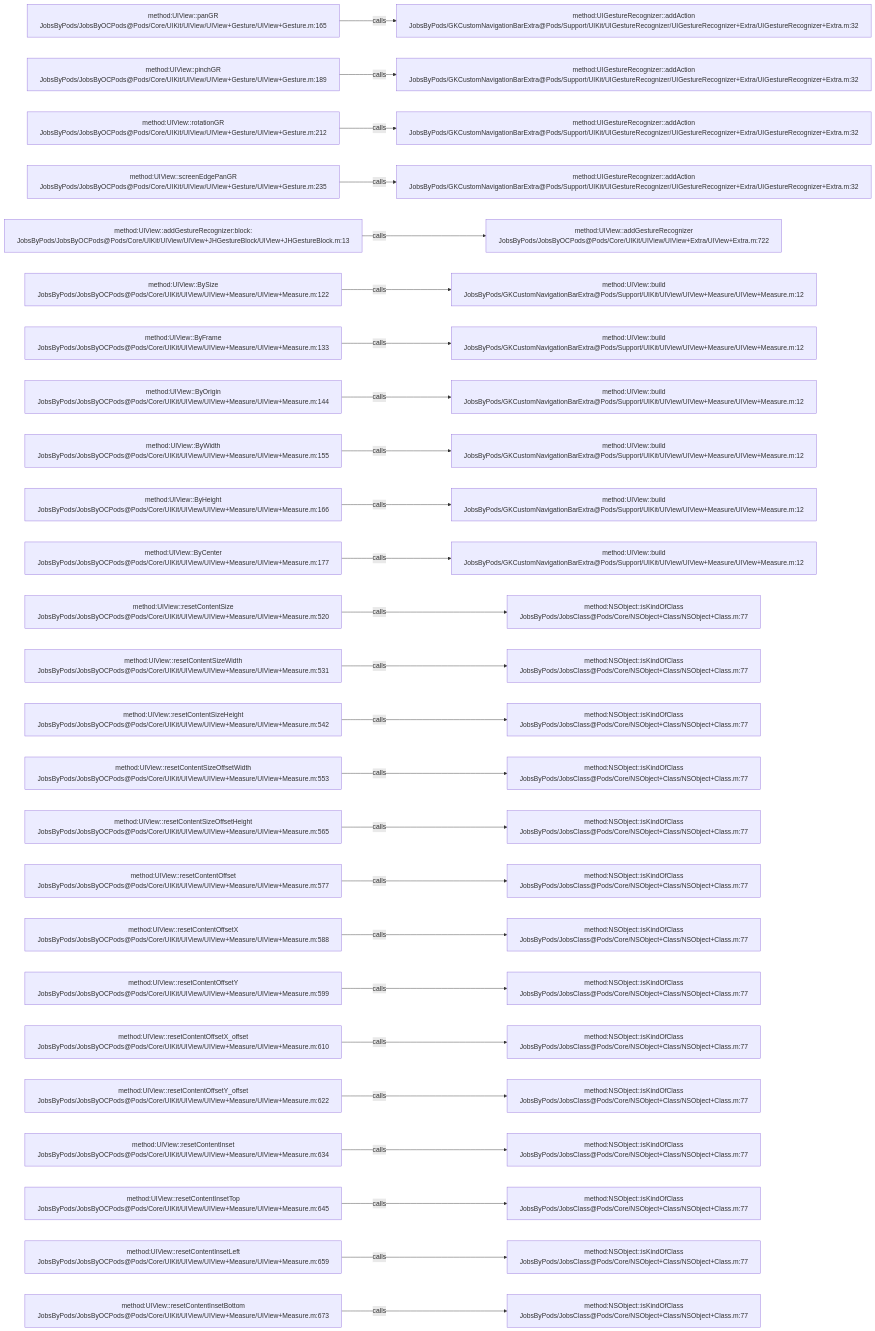
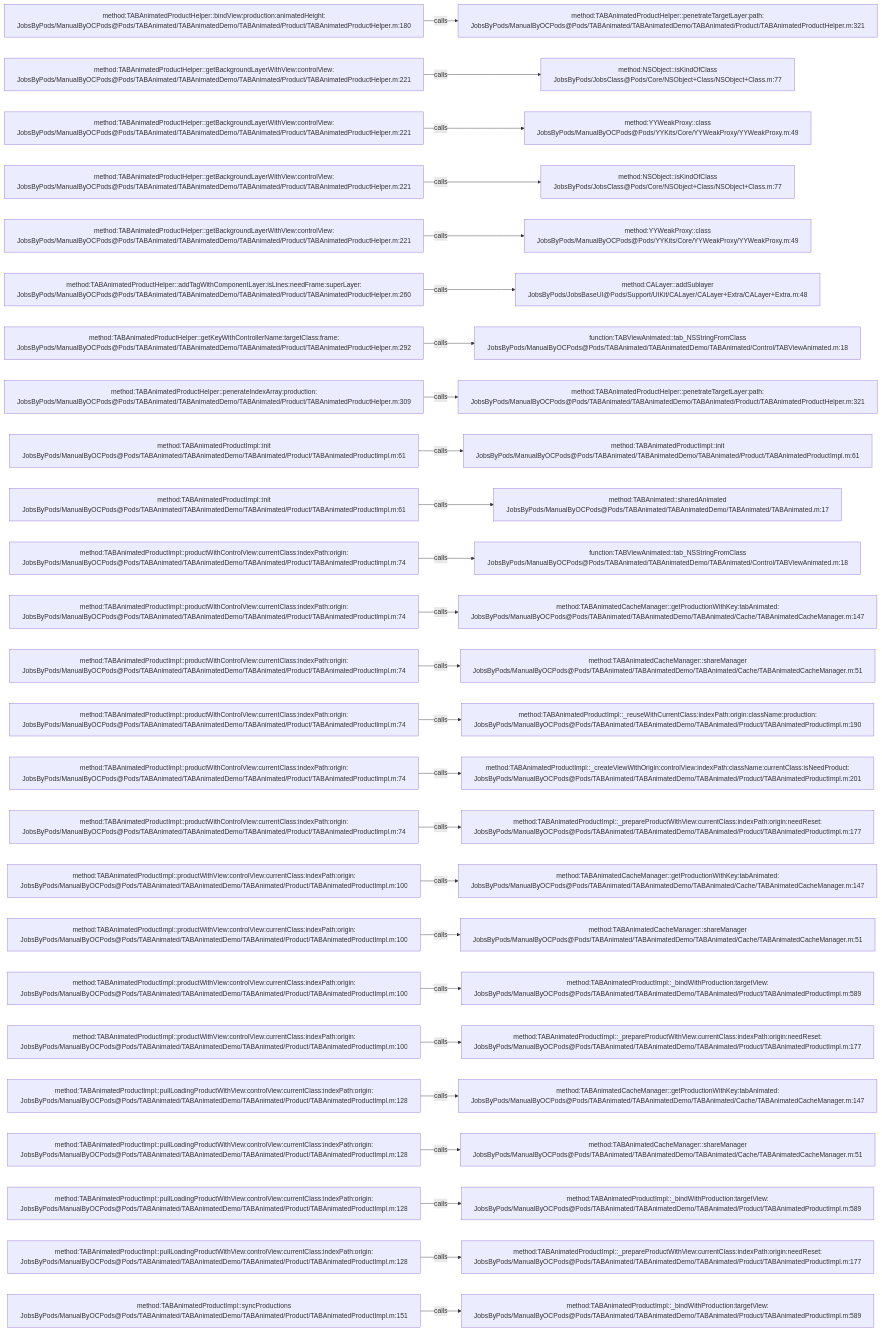
One commit to JobsKits/JobsOCBaseConfigDemo changed the diagram in .codegraph/codegraph.md/graphs/calls-042.md. Above: the diagram before and after it, drawn with Mermaid. The commit also changed 2162 other files, not shown here.

````diff
--- a/.codegraph/codegraph.md/graphs/calls-042.md
+++ b/.codegraph/codegraph.md/graphs/calls-042.md
@@ -13,78 +13,78 @@
 ```mermaid
 flowchart LR
-  S1["method:UIView::panGR<br/>JobsByPods/JobsByOCPods@Pods/Core/UIKit/UIView/UIView+Gesture/UIView+Gesture.m:165"]
-  T1["method:UIGestureRecognizer::addAction<br/>JobsByPods/GKCustomNavigationBarExtra@Pods/Support/UIKit/UIGestureRecognizer/UIGestureRecognizer+Extra/UIGestureRecognizer+Extra.m:32"]
+  S1["method:TABAnimatedProductHelper::bindView:production:animatedHeight:<br/>JobsByPods/ManualByOCPods@Pods/TABAnimated/TABAnimatedDemo/TABAnimated/Product/TABAnimatedProductHelper.m:180"]
+  T1["method:TABAnimatedProductHelper::penetrateTargetLayer:path:<br/>JobsByPods/ManualByOCPods@Pods/TABAnimated/TABAnimatedDemo/TABAnimated/Product/TABAnimatedProductHelper.m:321"]
   S1 -->|calls| T1
-  S2["method:UIView::pinchGR<br/>JobsByPods/JobsByOCPods@Pods/Core/UIKit/UIView/UIView+Gesture/UIView+Gesture.m:189"]
-  T2["method:UIGestureRecognizer::addAction<br/>JobsByPods/GKCustomNavigationBarExtra@Pods/Support/UIKit/UIGestureRecognizer/UIGestureRecognizer+Extra/UIGestureRecognizer+Extra.m:32"]
+  S2["method:TABAnimatedProductHelper::getBackgroundLayerWithView:controlView:<br/>JobsByPods/ManualByOCPods@Pods/TABAnimated/TABAnimatedDemo/TABAnimated/Product/TABAnimatedProductHelper.m:221"]
+  T2["method:NSObject::isKindOfClass<br/>JobsByPods/JobsClass@Pods/Core/NSObject+Class/NSObject+Class.m:77"]
   S2 -->|calls| T2
-  S3["method:UIView::rotationGR<br/>JobsByPods/JobsByOCPods@Pods/Core/UIKit/UIView/UIView+Gesture/UIView+Gesture.m:212"]
-  T3["method:UIGestureRecognizer::addAction<br/>JobsByPods/GKCustomNavigationBarExtra@Pods/Support/UIKit/UIGestureRecognizer/UIGestureRecognizer+Extra/UIGestureRecognizer+Extra.m:32"]
+  S3["method:TABAnimatedProductHelper::getBackgroundLayerWithView:controlView:<br/>JobsByPods/ManualByOCPods@Pods/TABAnimated/TABAnimatedDemo/TABAnimated/Product/TABAnimatedProductHelper.m:221"]
+  T3["method:YYWeakProxy::class<br/>JobsByPods/ManualByOCPods@Pods/YYKits/Core/YYWeakProxy/YYWeakProxy.m:49"]
   S3 -->|calls| T3
-  S4["method:UIView::screenEdgePanGR<br/>JobsByPods/JobsByOCPods@Pods/Core/UIKit/UIView/UIView+Gesture/UIView+Gesture.m:235"]
-  T4["method:UIGestureRecognizer::addAction<br/>JobsByPods/GKCustomNavigationBarExtra@Pods/Support/UIKit/UIGestureRecognizer/UIGestureRecognizer+Extra/UIGestureRecognizer+Extra.m:32"]
+  S4["method:TABAnimatedProductHelper::getBackgroundLayerWithView:controlView:<br/>JobsByPods/ManualByOCPods@Pods/TABAnimated/TABAnimatedDemo/TABAnimated/Product/TABAnimatedProductHelper.m:221"]
+  T4["method:NSObject::isKindOfClass<br/>JobsByPods/JobsClass@Pods/Core/NSObject+Class/NSObject+Class.m:77"]
   S4 -->|calls| T4
-  S5["method:UIView::addGestureRecognizer:block:<br/>JobsByPods/JobsByOCPods@Pods/Core/UIKit/UIView/UIView+JHGestureBlock/UIView+JHGestureBlock.m:13"]
-  T5["method:UIView::addGestureRecognizer<br/>JobsByPods/JobsByOCPods@Pods/Core/UIKit/UIView/UIView+Extra/UIView+Extra.m:722"]
+  S5["method:TABAnimatedProductHelper::getBackgroundLayerWithView:controlView:<br/>JobsByPods/ManualByOCPods@Pods/TABAnimated/TABAnimatedDemo/TABAnimated/Product/TABAnimatedProductHelper.m:221"]
+  T5["method:YYWeakProxy::class<br/>JobsByPods/ManualByOCPods@Pods/YYKits/Core/YYWeakProxy/YYWeakProxy.m:49"]
   S5 -->|calls| T5
-  S6["method:UIView::BySize<br/>JobsByPods/JobsByOCPods@Pods/Core/UIKit/UIView/UIView+Measure/UIView+Measure.m:122"]
-  T6["method:UIView::build<br/>JobsByPods/GKCustomNavigationBarExtra@Pods/Support/UIKit/UIView/UIView+Measure/UIView+Measure.m:12"]
+  S6["method:TABAnimatedProductHelper::addTagWithComponentLayer:isLines:needFrame:superLayer:<br/>JobsByPods/ManualByOCPods@Pods/TABAnimated/TABAnimatedDemo/TABAnimated/Product/TABAnimatedProductHelper.m:260"]
+  T6["method:CALayer::addSublayer<br/>JobsByPods/JobsBaseUI@Pods/Support/UIKit/CALayer/CALayer+Extra/CALayer+Extra.m:48"]
   S6 -->|calls| T6
-  S7["method:UIView::ByFrame<br/>JobsByPods/JobsByOCPods@Pods/Core/UIKit/UIView/UIView+Measure/UIView+Measure.m:133"]
-  T7["method:UIView::build<br/>JobsByPods/GKCustomNavigationBarExtra@Pods/Support/UIKit/UIView/UIView+Measure/UIView+Measure.m:12"]
+  S7["method:TABAnimatedProductHelper::getKeyWithControllerName:targetClass:frame:<br/>JobsByPods/ManualByOCPods@Pods/TABAnimated/TABAnimatedDemo/TABAnimated/Product/TABAnimatedProductHelper.m:292"]
+  T7["function:TABViewAnimated::tab_NSStringFromClass<br/>JobsByPods/ManualByOCPods@Pods/TABAnimated/TABAnimatedDemo/TABAnimated/Control/TABViewAnimated.m:18"]
   S7 -->|calls| T7
-  S8["method:UIView::ByOrigin<br/>JobsByPods/JobsByOCPods@Pods/Core/UIKit/UIView/UIView+Measure/UIView+Measure.m:144"]
-  T8["method:UIView::build<br/>JobsByPods/GKCustomNavigationBarExtra@Pods/Support/UIKit/UIView/UIView+Measure/UIView+Measure.m:12"]
+  S8["method:TABAnimatedProductHelper::penerateIndexArray:production:<br/>JobsByPods/ManualByOCPods@Pods/TABAnimated/TABAnimatedDemo/TABAnimated/Product/TABAnimatedProductHelper.m:309"]
+  T8["method:TABAnimatedProductHelper::penetrateTargetLayer:path:<br/>JobsByPods/ManualByOCPods@Pods/TABAnimated/TABAnimatedDemo/TABAnimated/Product/TABAnimatedProductHelper.m:321"]
   S8 -->|calls| T8
-  S9["method:UIView::ByWidth<br/>JobsByPods/JobsByOCPods@Pods/Core/UIKit/UIView/UIView+Measure/UIView+Measure.m:155"]
-  T9["method:UIView::build<br/>JobsByPods/GKCustomNavigationBarExtra@Pods/Support/UIKit/UIView/UIView+Measure/UIView+Measure.m:12"]
+  S9["method:TABAnimatedProductImpl::init<br/>JobsByPods/ManualByOCPods@Pods/TABAnimated/TABAnimatedDemo/TABAnimated/Product/TABAnimatedProductImpl.m:61"]
+  T9["method:TABAnimatedProductImpl::init<br/>JobsByPods/ManualByOCPods@Pods/TABAnimated/TABAnimatedDemo/TABAnimated/Product/TABAnimatedProductImpl.m:61"]
   S9 -->|calls| T9
-  S10["method:UIView::ByHeight<br/>JobsByPods/JobsByOCPods@Pods/Core/UIKit/UIView/UIView+Measure/UIView+Measure.m:166"]
-  T10["method:UIView::build<br/>JobsByPods/GKCustomNavigationBarExtra@Pods/Support/UIKit/UIView/UIView+Measure/UIView+Measure.m:12"]
+  S10["method:TABAnimatedProductImpl::init<br/>JobsByPods/ManualByOCPods@Pods/TABAnimated/TABAnimatedDemo/TABAnimated/Product/TABAnimatedProductImpl.m:61"]
+  T10["method:TABAnimated::sharedAnimated<br/>JobsByPods/ManualByOCPods@Pods/TABAnimated/TABAnimatedDemo/TABAnimated/TABAnimated.m:17"]
   S10 -->|calls| T10
-  S11["method:UIView::ByCenter<br/>JobsByPods/JobsByOCPods@Pods/Core/UIKit/UIView/UIView+Measure/UIView+Measure.m:177"]
-  T11["method:UIView::build<br/>JobsByPods/GKCustomNavigationBarExtra@Pods/Support/UIKit/UIView/UIView+Measure/UIView+Measure.m:12"]
+  S11["method:TABAnimatedProductImpl::productWithControlView:currentClass:indexPath:origin:<br/>JobsByPods/ManualByOCPods@Pods/TABAnimated/TABAnimatedDemo/TABAnimated/Product/TABAnimatedProductImpl.m:74"]
+  T11["function:TABViewAnimated::tab_NSStringFromClass<br/>JobsByPods/ManualByOCPods@Pods/TABAnimated/TABAnimatedDemo/TABAnimated/Control/TABViewAnimated.m:18"]
   S11 -->|calls| T11
-  S12["method:UIView::resetContentSize<br/>JobsByPods/JobsByOCPods@Pods/Core/UIKit/UIView/UIView+Measure/UIView+Measure.m:520"]
-  T12["method:NSObject::isKindOfClass<br/>JobsByPods/JobsClass@Pods/Core/NSObject+Class/NSObject+Class.m:77"]
+  S12["method:TABAnimatedProductImpl::productWithControlView:currentClass:indexPath:origin:<br/>JobsByPods/ManualByOCPods@Pods/TABAnimated/TABAnimatedDemo/TABAnimated/Product/TABAnimatedProductImpl.m:74"]
+  T12["method:TABAnimatedCacheManager::getProductionWithKey:tabAnimated:<br/>JobsByPods/ManualByOCPods@Pods/TABAnimated/TABAnimatedDemo/TABAnimated/Cache/TABAnimatedCacheManager.m:147"]
   S12 -->|calls| T12
-  S13["method:UIView::resetContentSizeWidth<br/>JobsByPods/JobsByOCPods@Pods/Core/UIKit/UIView/UIView+Measure/UIView+Measure.m:531"]
-  T13["method:NSObject::isKindOfClass<br/>JobsByPods/JobsClass@Pods/Core/NSObject+Class/NSObject+Class.m:77"]
+  S13["method:TABAnimatedProductImpl::productWithControlView:currentClass:indexPath:origin:<br/>JobsByPods/ManualByOCPods@Pods/TABAnimated/TABAnimatedDemo/TABAnimated/Product/TABAnimatedProductImpl.m:74"]
+  T13["method:TABAnimatedCacheManager::shareManager<br/>JobsByPods/ManualByOCPods@Pods/TABAnimated/TABAnimatedDemo/TABAnimated/Cache/TABAnimatedCacheManager.m:51"]
   S13 -->|calls| T13
-  S14["method:UIView::resetContentSizeHeight<br/>JobsByPods/JobsByOCPods@Pods/Core/UIKit/UIView/UIView+Measure/UIView+Measure.m:542"]
-  T14["method:NSObject::isKindOfClass<br/>JobsByPods/JobsClass@Pods/Core/NSObject+Class/NSObject+Class.m:77"]
+  S14["method:TABAnimatedProductImpl::productWithControlView:currentClass:indexPath:origin:<br/>JobsByPods/ManualByOCPods@Pods/TABAnimated/TABAnimatedDemo/TABAnimated/Product/TABAnimatedProductImpl.m:74"]
+  T14["method:TABAnimatedProductImpl::_reuseWithCurrentClass:indexPath:origin:className:production:<br/>JobsByPods/ManualByOCPods@Pods/TABAnimated/TABAnimatedDemo/TABAnimated/Product/TABAnimatedProductImpl.m:190"]
   S14 -->|calls| T14
-  S15["method:UIView::resetContentSizeOffsetWidth<br/>JobsByPods/JobsByOCPods@Pods/Core/UIKit/UIView/UIView+Measure/UIView+Measure.m:553"]
-  T15["method:NSObject::isKindOfClass<br/>JobsByPods/JobsClass@Pods/Core/NSObject+Class/NSObject+Class.m:77"]
+  S15["method:TABAnimatedProductImpl::productWithControlView:currentClass:indexPath:origin:<br/>JobsByPods/ManualByOCPods@Pods/TABAnimated/TABAnimatedDemo/TABAnimated/Product/TABAnimatedProductImpl.m:74"]
+  T15["method:TABAnimatedProductImpl::_createViewWithOrigin:controlView:indexPath:className:currentClass:isNeedProduct:<br/>JobsByPods/ManualByOCPods@Pods/TABAnimated/TABAnimatedDemo/TABAnimated/Product/TABAnimatedProductImpl.m:201"]
   S15 -->|calls| T15
-  S16["method:UIView::resetContentSizeOffsetHeight<br/>JobsByPods/JobsByOCPods@Pods/Core/UIKit/UIView/UIView+Measure/UIView+Measure.m:565"]
-  T16["method:NSObject::isKindOfClass<br/>JobsByPods/JobsClass@Pods/Core/NSObject+Class/NSObject+Class.m:77"]
+  S16["method:TABAnimatedProductImpl::productWithControlView:currentClass:indexPath:origin:<br/>JobsByPods/ManualByOCPods@Pods/TABAnimated/TABAnimatedDemo/TABAnimated/Product/TABAnimatedProductImpl.m:74"]
+  T16["method:TABAnimatedProductImpl::_prepareProductWithView:currentClass:indexPath:origin:needReset:<br/>JobsByPods/ManualByOCPods@Pods/TABAnimated/TABAnimatedDemo/TABAnimated/Product/TABAnimatedProductImpl.m:177"]
   S16 -->|calls| T16
-  S17["method:UIView::resetContentOffset<br/>JobsByPods/JobsByOCPods@Pods/Core/UIKit/UIView/UIView+Measure/UIView+Measure.m:577"]
-  T17["method:NSObject::isKindOfClass<br/>JobsByPods/JobsClass@Pods/Core/NSObject+Class/NSObject+Class.m:77"]
+  S17["method:TABAnimatedProductImpl::productWithView:controlView:currentClass:indexPath:origin:<br/>JobsByPods/ManualByOCPods@Pods/TABAnimated/TABAnimatedDemo/TABAnimated/Product/TABAnimatedProductImpl.m:100"]
+  T17["method:TABAnimatedCacheManager::getProductionWithKey:tabAnimated:<br/>JobsByPods/ManualByOCPods@Pods/TABAnimated/TABAnimatedDemo/TABAnimated/Cache/TABAnimatedCacheManager.m:147"]
   S17 -->|calls| T17
-  S18["method:UIView::resetContentOffsetX<br/>JobsByPods/JobsByOCPods@Pods/Core/UIKit/UIView/UIView+Measure/UIView+Measure.m:588"]
-  T18["method:NSObject::isKindOfClass<br/>JobsByPods/JobsClass@Pods/Core/NSObject+Class/NSObject+Class.m:77"]
+  S18["method:TABAnimatedProductImpl::productWithView:controlView:currentClass:indexPath:origin:<br/>JobsByPods/ManualByOCPods@Pods/TABAnimated/TABAnimatedDemo/TABAnimated/Product/TABAnimatedProductImpl.m:100"]
+  T18["method:TABAnimatedCacheManager::shareManager<br/>JobsByPods/ManualByOCPods@Pods/TABAnimated/TABAnimatedDemo/TABAnimated/Cache/TABAnimatedCacheManager.m:51"]
   S18 -->|calls| T18
-  S19["method:UIView::resetContentOffsetY<br/>JobsByPods/JobsByOCPods@Pods/Core/UIKit/UIView/UIView+Measure/UIView+Measure.m:599"]
-  T19["method:NSObject::isKindOfClass<br/>JobsByPods/JobsClass@Pods/Core/NSObject+Class/NSObject+Class.m:77"]
+  S19["method:TABAnimatedProductImpl::productWithView:controlView:currentClass:indexPath:origin:<br/>JobsByPods/ManualByOCPods@Pods/TABAnimated/TABAnimatedDemo/TABAnimated/Product/TABAnimatedProductImpl.m:100"]
+  T19["method:TABAnimatedProductImpl::_bindWithProduction:targetView:<br/>JobsByPods/ManualByOCPods@Pods/TABAnimated/TABAnimatedDemo/TABAnimated/Product/TABAnimatedProductImpl.m:589"]
   S19 -->|calls| T19
-  S20["method:UIView::resetContentOffsetX_offset<br/>JobsByPods/JobsByOCPods@Pods/Core/UIKit/UIView/UIView+Measure/UIView+Measure.m:610"]
-  T20["method:NSObject::isKindOfClass<br/>JobsByPods/JobsClass@Pods/Core/NSObject+Class/NSObject+Class.m:77"]
+  S20["method:TABAnimatedProductImpl::productWithView:controlView:currentClass:indexPath:origin:<br/>JobsByPods/ManualByOCPods@Pods/TABAnimated/TABAnimatedDemo/TABAnimated/Product/TABAnimatedProductImpl.m:100"]
+  T20["method:TABAnimatedProductImpl::_prepareProductWithView:currentClass:indexPath:origin:needReset:<br/>JobsByPods/ManualByOCPods@Pods/TABAnimated/TABAnimatedDemo/TABAnimated/Product/TABAnimatedProductImpl.m:177"]
   S20 -->|calls| T20
-  S21["method:UIView::resetContentOffsetY_offset<br/>JobsByPods/JobsByOCPods@Pods/Core/UIKit/UIView/UIView+Measure/UIView+Measure.m:622"]
-  T21["method:NSObject::isKindOfClass<br/>JobsByPods/JobsClass@Pods/Core/NSObject+Class/NSObject+Class.m:77"]
+  S21["method:TABAnimatedProductImpl::pullLoadingProductWithView:controlView:currentClass:indexPath:origin:<br/>JobsByPods/ManualByOCPods@Pods/TABAnimated/TABAnimatedDemo/TABAnimated/Product/TABAnimatedProductImpl.m:128"]
+  T21["method:TABAnimatedCacheManager::getProductionWithKey:tabAnimated:<br/>JobsByPods/ManualByOCPods@Pods/TABAnimated/TABAnimatedDemo/TABAnimated/Cache/TABAnimatedCacheManager.m:147"]
   S21 -->|calls| T21
-  S22["method:UIView::resetContentInset<br/>JobsByPods/JobsByOCPods@Pods/Core/UIKit/UIView/UIView+Measure/UIView+Measure.m:634"]
-  T22["method:NSObject::isKindOfClass<br/>JobsByPods/JobsClass@Pods/Core/NSObject+Class/NSObject+Class.m:77"]
+  S22["method:TABAnimatedProductImpl::pullLoadingProductWithView:controlView:currentClass:indexPath:origin:<br/>JobsByPods/ManualByOCPods@Pods/TABAnimated/TABAnimatedDemo/TABAnimated/Product/TABAnimatedProductImpl.m:128"]
+  T22["method:TABAnimatedCacheManager::shareManager<br/>JobsByPods/ManualByOCPods@Pods/TABAnimated/TABAnimatedDemo/TABAnimated/Cache/TABAnimatedCacheManager.m:51"]
   S22 -->|calls| T22
-  S23["method:UIView::resetContentInsetTop<br/>JobsByPods/JobsByOCPods@Pods/Core/UIKit/UIView/UIView+Measure/UIView+Measure.m:645"]
-  T23["method:NSObject::isKindOfClass<br/>JobsByPods/JobsClass@Pods/Core/NSObject+Class/NSObject+Class.m:77"]
+  S23["method:TABAnimatedProductImpl::pullLoadingProductWithView:controlView:currentClass:indexPath:origin:<br/>JobsByPods/ManualByOCPods@Pods/TABAnimated/TABAnimatedDemo/TABAnimated/Product/TABAnimatedProductImpl.m:128"]
+  T23["method:TABAnimatedProductImpl::_bindWithProduction:targetView:<br/>JobsByPods/ManualByOCPods@Pods/TABAnimated/TABAnimatedDemo/TABAnimated/Product/TABAnimatedProductImpl.m:589"]
   S23 -->|calls| T23
-  S24["method:UIView::resetContentInsetLeft<br/>JobsByPods/JobsByOCPods@Pods/Core/UIKit/UIView/UIView+Measure/UIView+Measure.m:659"]
-  T24["method:NSObject::isKindOfClass<br/>JobsByPods/JobsClass@Pods/Core/NSObject+Class/NSObject+Class.m:77"]
+  S24["method:TABAnimatedProductImpl::pullLoadingProductWithView:controlView:currentClass:indexPath:origin:<br/>JobsByPods/ManualByOCPods@Pods/TABAnimated/TABAnimatedDemo/TABAnimated/Product/TABAnimatedProductImpl.m:128"]
+  T24["method:TABAnimatedProductImpl::_prepareProductWithView:currentClass:indexPath:origin:needReset:<br/>JobsByPods/ManualByOCPods@Pods/TABAnimated/TABAnimatedDemo/TABAnimated/Product/TABAnimatedProductImpl.m:177"]
   S24 -->|calls| T24
-  S25["method:UIView::resetContentInsetBottom<br/>JobsByPods/JobsByOCPods@Pods/Core/UIKit/UIView/UIView+Measure/UIView+Measure.m:673"]
-  T25["method:NSObject::isKindOfClass<br/>JobsByPods/JobsClass@Pods/Core/NSObject+Class/NSObject+Class.m:77"]
+  S25["method:TABAnimatedProductImpl::syncProductions<br/>JobsByPods/ManualByOCPods@Pods/TABAnimated/TABAnimatedDemo/TABAnimated/Product/TABAnimatedProductImpl.m:151"]
+  T25["method:TABAnimatedProductImpl::_bindWithProduction:targetView:<br/>JobsByPods/ManualByOCPods@Pods/TABAnimated/TABAnimatedDemo/TABAnimated/Product/TABAnimatedProductImpl.m:589"]
   S25 -->|calls| T25
 ```
````
